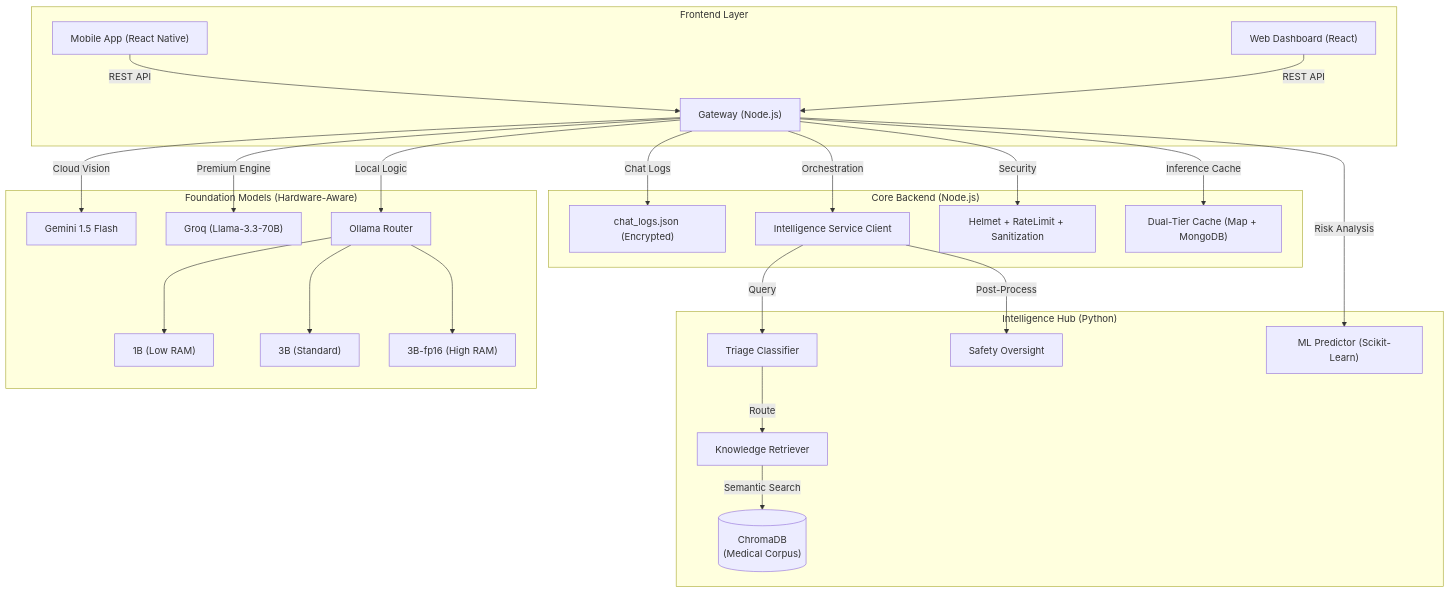
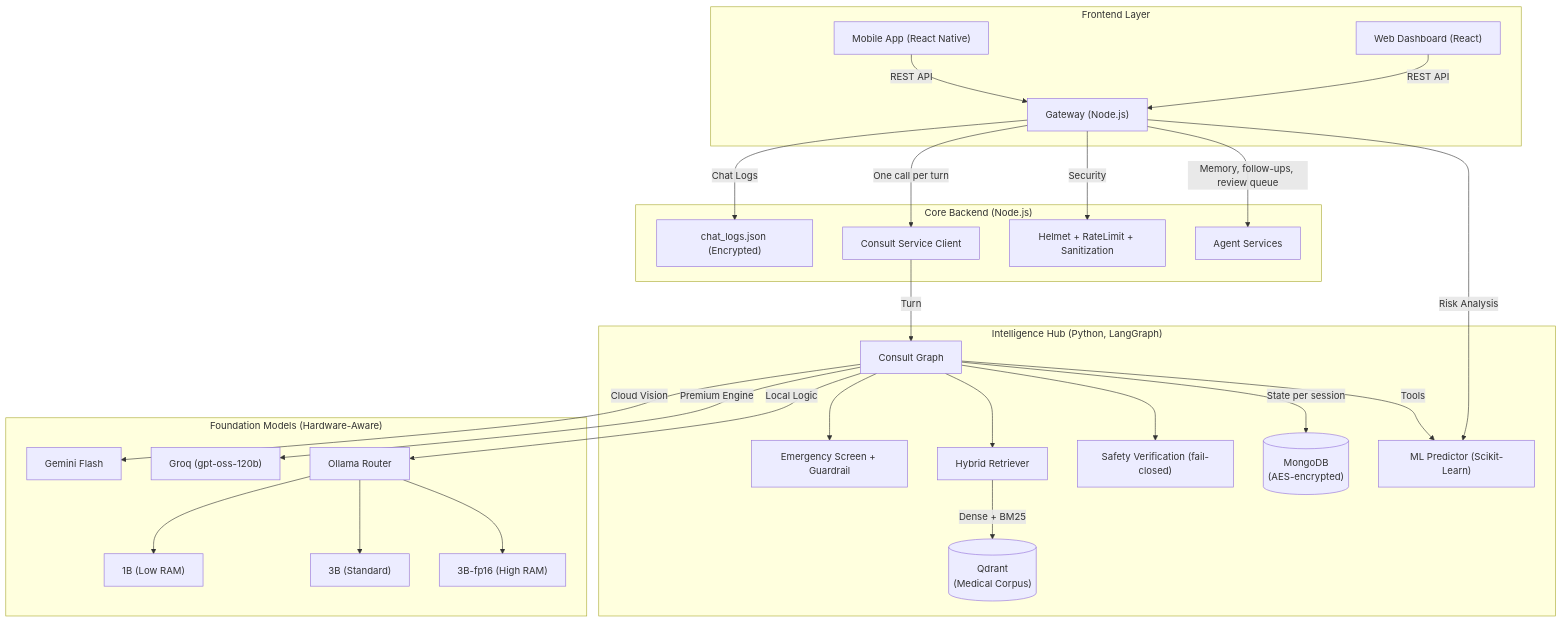
The second of 6 diagrams in README.md (yashsrivastava1408/Aether-Clinic), drawn with Mermaid before and after one commit. The commit also changed other lines of this file and 117 other files, not shown here.

First line of the commit message:
LangGraph consult flow, Qdrant hybrid retrieval and agentic features

````diff
--- a/README.md
+++ b/README.md
@@ -98,31 +89,34 @@
 ```mermaid
 graph TD
     subgraph "Frontend Layer"
         M["Mobile App (React Native)"] -->|REST API| G["Gateway (Node.js)"]
         W["Web Dashboard (React)"] -->|REST API| G
     end
 
     subgraph "Core Backend (Node.js)"
         G -->|Chat Logs| F["chat_logs.json (Encrypted)"]
-        G -->|Orchestration| S["Intelligence Service Client"]
+        G -->|One call per turn| S["Consult Service Client"]
         G -->|Security| X["Helmet + RateLimit + Sanitization"]
-        G -->|Inference Cache| C["Dual-Tier Cache (Map + MongoDB)"]
+        G -->|Memory, follow-ups, review queue| C["Agent Services"]
     end
 
-    subgraph "Intelligence Hub (Python)"
-        S -->|Query| TC["Triage Classifier"]
-        TC -->|Route| KR["Knowledge Retriever"]
-        KR -->|Semantic Search| CDB[("ChromaDB\n(Medical Corpus)")]
-        S -->|Post-Process| SO["Safety Oversight"]
-        G -->|Risk Analysis| ML["ML Predictor (Scikit-Learn)"]
+    subgraph "Intelligence Hub (Python, LangGraph)"
+        S -->|Turn| CG["Consult Graph"]
+        CG --> ES["Emergency Screen + Guardrail"]
+        CG --> KR["Hybrid Retriever"]
+        KR -->|Dense + BM25| CDB[("Qdrant\n(Medical Corpus)")]
+        CG --> SO["Safety Verification (fail-closed)"]
+        CG -->|State per session| CK[("MongoDB\n(AES-encrypted)")]
+        CG -->|Tools| ML["ML Predictor (Scikit-Learn)"]
+        G -->|Risk Analysis| ML
     end
 
     subgraph "Foundation Models (Hardware-Aware)"
-        G -->|Cloud Vision| V["Gemini 1.5 Flash"]
-        G -->|Premium Engine| GR["Groq (Llama-3.3-70B)"]
-        G -->|Local Logic| L["Ollama Router"]
+        CG -->|Cloud Vision| V["Gemini Flash"]
+        CG -->|Premium Engine| GR["Groq (gpt-oss-120b)"]
+        CG -->|Local Logic| L["Ollama Router"]
         L --> Q1["1B (Low RAM)"]
         L --> Q2["3B (Standard)"]
         L --> Q3["3B-fp16 (High RAM)"]
     end
 ```
````
